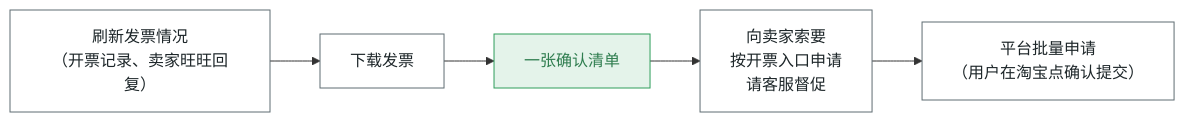
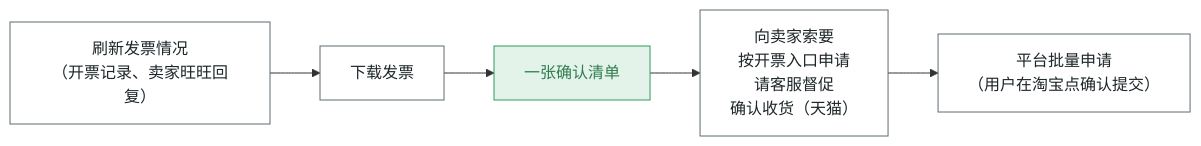
Before and after one commit to jackdhch/taobao-order-triage: the second of 2 diagrams in README.md, drawn with Mermaid. The commit also changed other lines of this file and 18 other files, not shown here.

````diff
--- a/README.md
+++ b/README.md
@@ -193,8 +193,8 @@
 ```mermaid
 flowchart LR
-    a["刷新发票情况<br>（开票记录、卖家旺旺回复）"] --> c["下载发票"] --> b["一张确认清单"] --> d["向卖家索要<br>按开票入口申请<br>请客服督促"] --> e["平台批量申请<br>（用户在淘宝点确认提交）"]
+    a["刷新发票情况<br>（开票记录、卖家旺旺回复）"] --> c["下载发票"] --> b["一张确认清单"] --> d["向卖家索要<br>按开票入口申请<br>请客服督促<br>确认收货（天猫）"] --> e["平台批量申请<br>（用户在淘宝点确认提交）"]
     classDef act fill:#FFFFFF,stroke:#5F6C72,color:#1D2629
     classDef ok fill:#E4F3EA,stroke:#2E9D5B,color:#2F7D4F
     class a,c,d,e act
     class b ok
 ```
````
